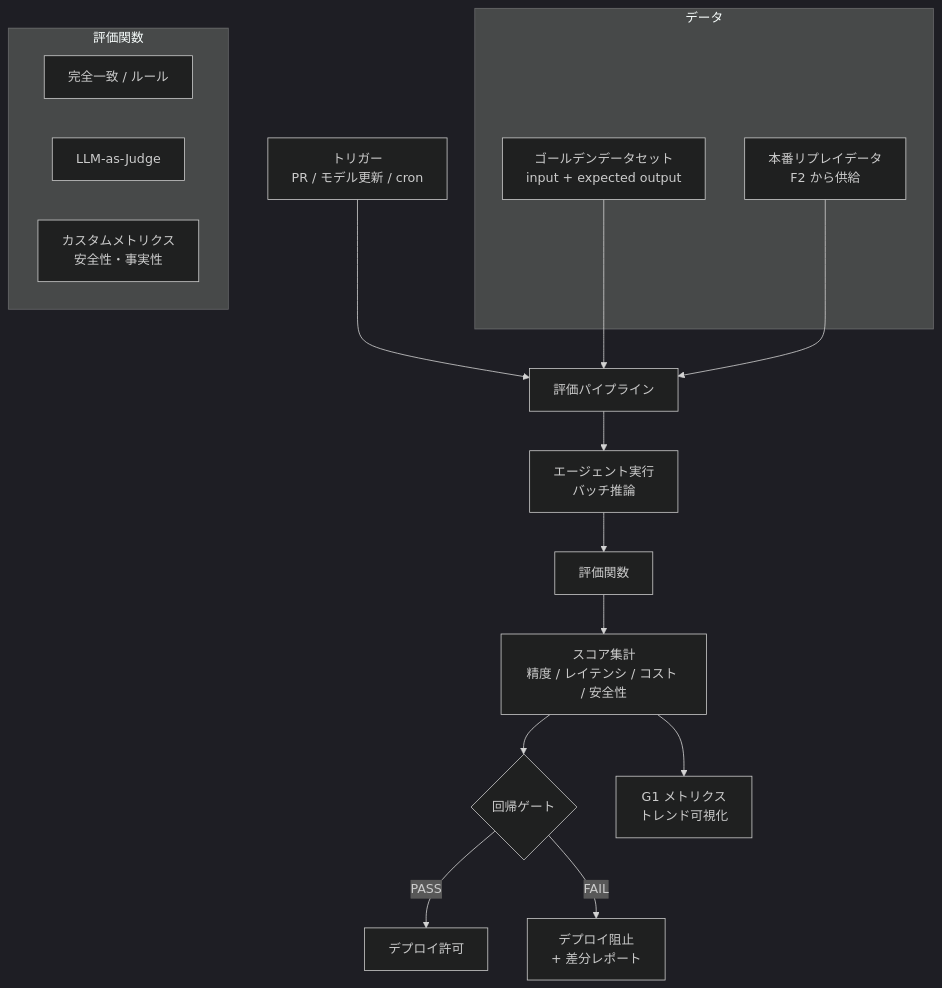
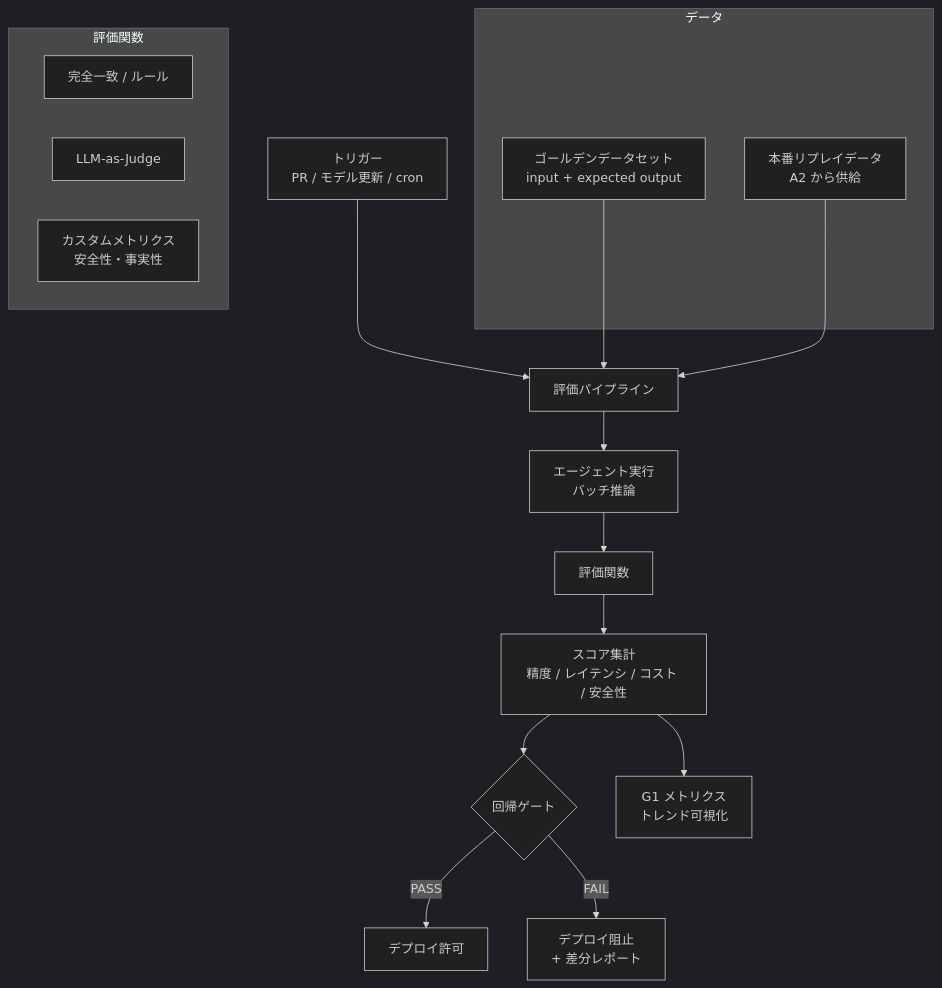
Before and after one commit to shibuiwilliam/agent-reference-architectures: the diagram in docs/patterns/g-observability-ops/g4-eval-harness.md, drawn with Mermaid (dark theme). The commit also changed other lines of this file and 41 other files, not shown here.

````diff
--- a/docs/patterns/g-observability-ops/g4-eval-harness.md
+++ b/docs/patterns/g-observability-ops/g4-eval-harness.md
@@ -62,28 +62,28 @@
 ```mermaid
 flowchart TD
   Trigger[トリガー<br/>PR / モデル更新 / cron] --> Pipeline[評価パイプライン]
 
   subgraph データ
     Golden[ゴールデンデータセット<br/>input + expected output]
-    Replay[本番リプレイデータ<br/>F2 から供給]
+    Replay[本番リプレイデータ<br/>A2 から供給]
   end
 
   Golden --> Pipeline
   Replay --> Pipeline
 
   Pipeline --> Exec[エージェント実行<br/>バッチ推論]
   Exec --> EvalFn[評価関数]
 
   subgraph 評価関数
     direction LR
     EM[完全一致 / ルール]
     LLMJudge[LLM-as-Judge]
     Custom[カスタムメトリクス<br/>安全性・事実性]
   end
 
   EvalFn --> Scores[スコア集計<br/>精度 / レイテンシ / コスト / 安全性]
   Scores --> Gate{回帰ゲート}
   Gate -->|PASS| Deploy[デプロイ許可]
   Gate -->|FAIL| Block[デプロイ阻止<br/>+ 差分レポート]
   Scores --> Dashboard[G1 メトリクス<br/>トレンド可視化]
 ```
````
